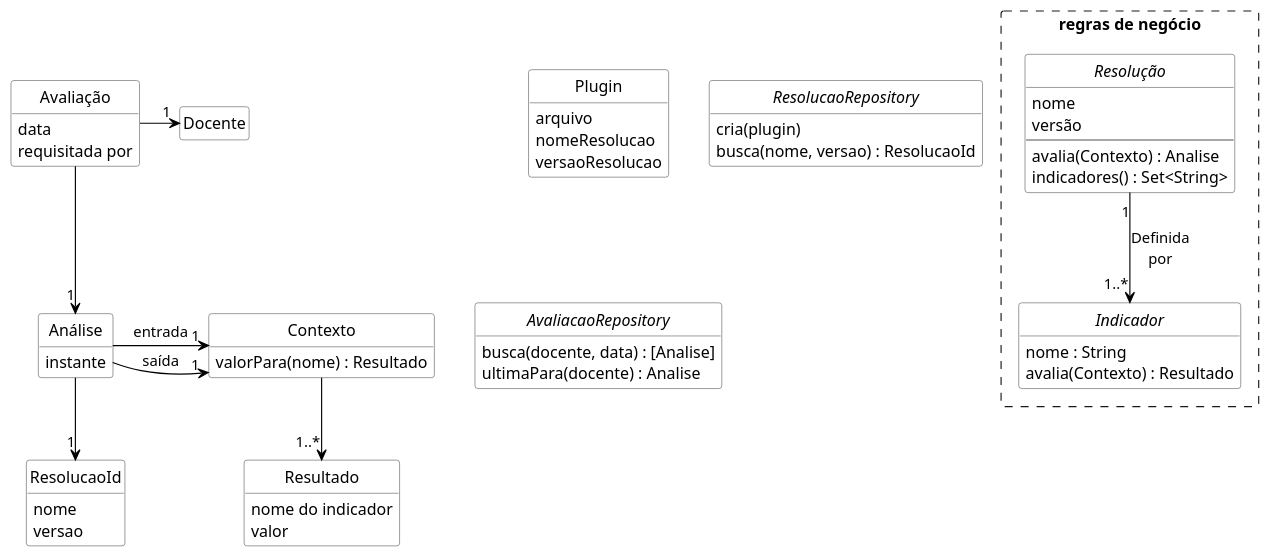
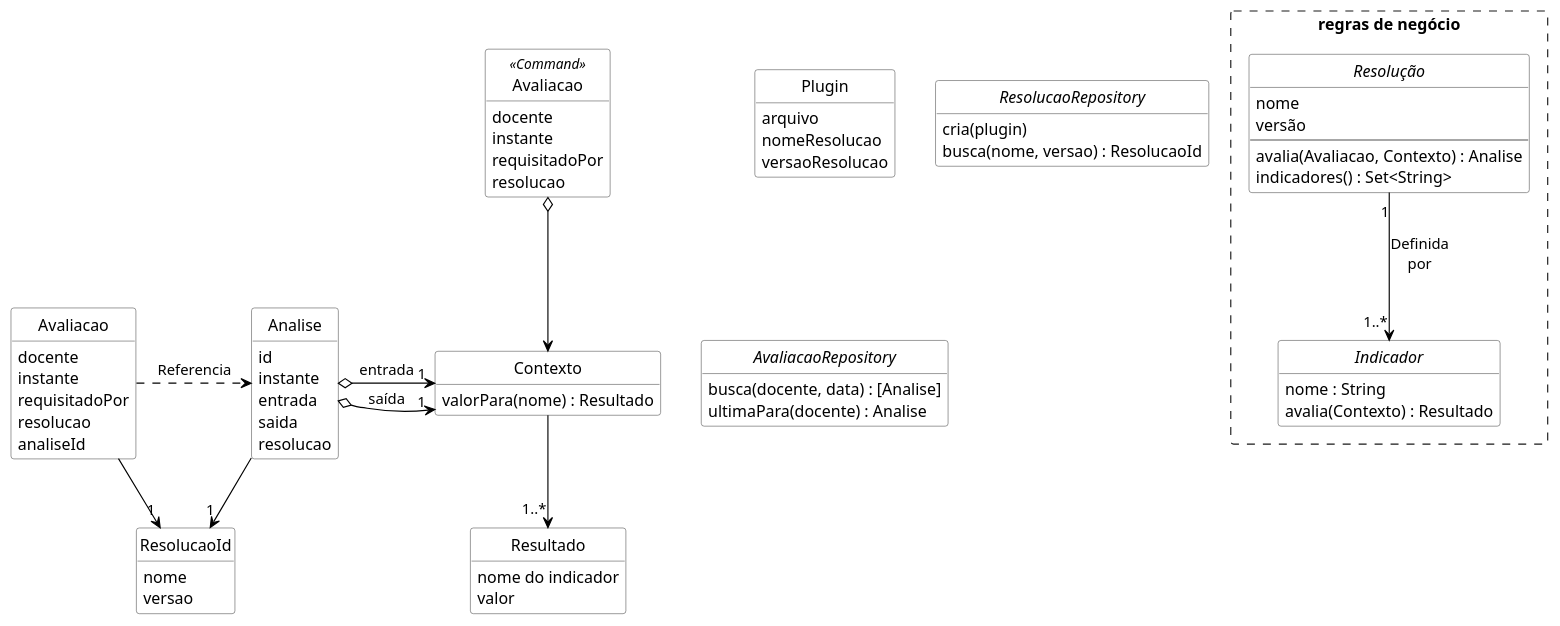
One commit to kyriosdata/docente-inf changed the diagram in documentacao/diagramas/dominio.puml. Above: the diagram before and after it, drawn with PlantUML. The commit also changed 2 other files, not shown here.

```diff
--- a/documentacao/diagramas/dominio.puml
+++ b/documentacao/diagramas/dominio.puml
@@ -1,83 +1,96 @@
 @startuml dominio
 
 hide circle
 hide methods
 hide empty members
 
 skinparam class {
     BackgroundColor White
     ArrowColor Black
     BorderColor #505050
 }
 
 class ResolucaoId {
   nome
   versao
 }
 
-class "Análise" as Analise {
+class Analise {
+    id
     instante
+    entrada
+    saida
+    resolucao
 }
 
 class Resultado {
     nome do indicador
     valor
 }
 
 class Contexto {
   valorPara&#40;nome&#41; : Resultado
 }
 
-class Docente {}
-
-class "Avaliação" as Avaliacao {
-  data
-  requisitada por
+class "Avaliacao" as AvaliacaoCommand <<Command>> {
+    docente
+    instante
+    requisitadoPor
+    resolucao
 }
 
-Avaliacao -right-> "1" Docente
-Avaliacao -down-> "1" Analise
+class Avaliacao {
+    docente
+    instante
+    requisitadoPor
+    resolucao
+    analiseId
+}
+
+AvaliacaoCommand o--> Contexto
+Avaliacao --> "1" ResolucaoId
 
 rectangle "regras de negócio" #line.dashed {
 
     interface "Resolução" as ResolucaoCodigo {
         nome
         versão
         ---
-        avalia&#40;Contexto&#41; : Analise
+        avalia&#40;Avaliacao, Contexto&#41; : Analise
         indicadores&#40;&#41; : Set<String>
     }
 
     interface Indicador {
         nome : String
         avalia&#40;Contexto&#41; : Resultado
     }
 }
 
 ResolucaoCodigo "1" --> "1..*" Indicador : Definida\npor
 
 
 Contexto --> "1..*" Resultado
 
-Analise -right-> "1" Contexto : entrada
-Analise -right-> "1" Contexto : saída
+Analise o-right-> "1" Contexto : entrada
+Analise o-right-> "1" Contexto : saída
 Analise --> "1" ResolucaoId
+Avaliacao -right-> Analise #line.dashed : Referencia
 
 class Plugin {
   arquivo
   nomeResolucao
   versaoResolucao
 }
 
 interface ResolucaoRepository {
   cria&#40;plugin&#41;
   busca&#40;nome, versao&#41; : ResolucaoId
 }
 
 interface AvaliacaoRepository {
   busca&#40;docente, data&#41; : [Analise]
   ultimaPara&#40;docente&#41; : Analise
 }
 
 
 @enduml
```
